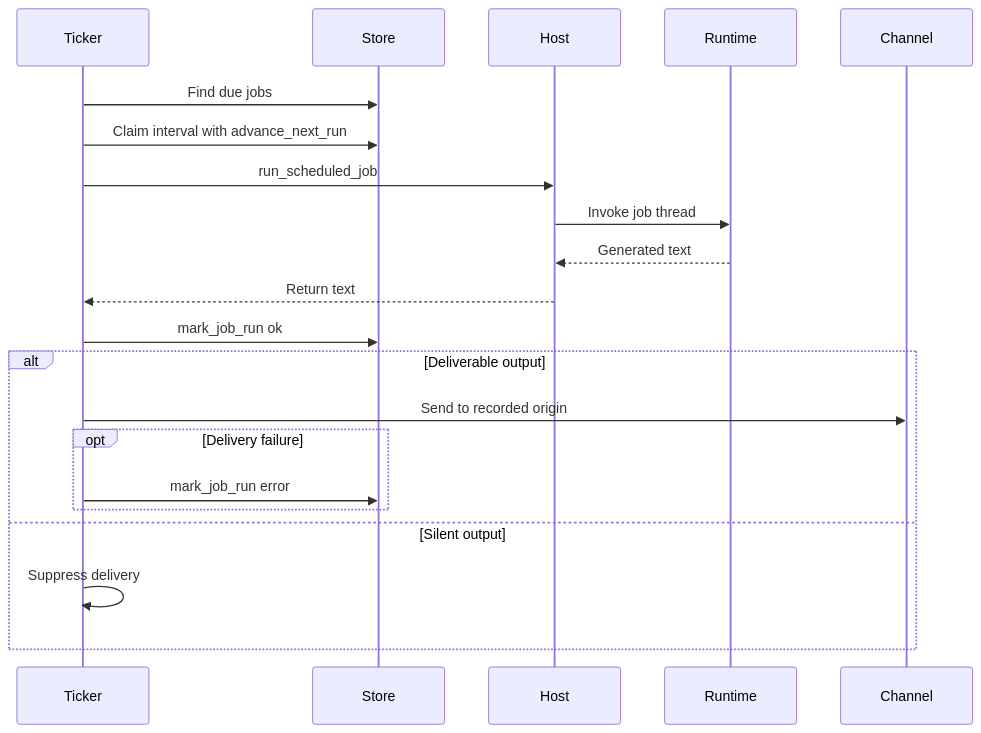
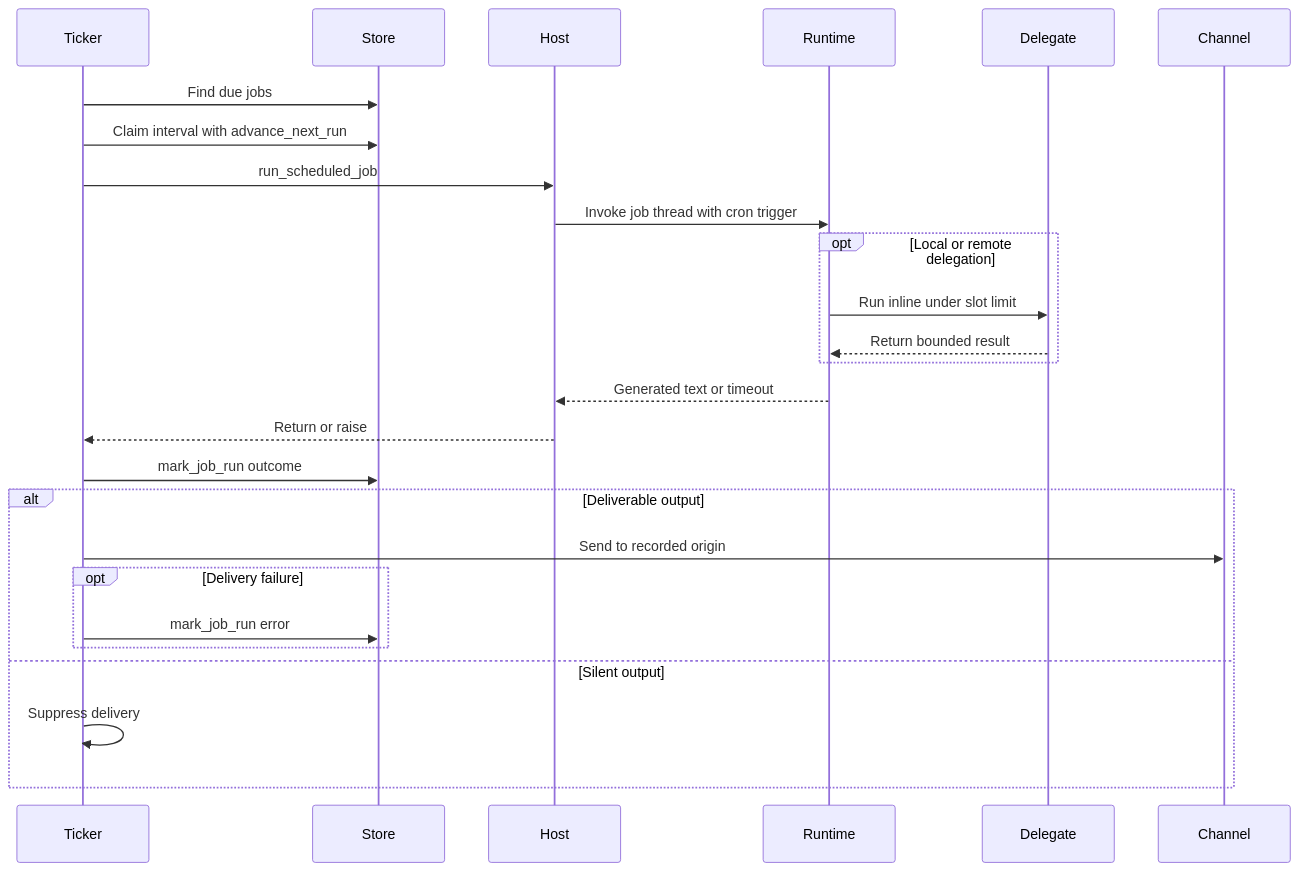
Before and after one commit to langchain-ai/deepagents: the fourth of 4 diagrams in openwiki/integrations/talon.md, drawn with Mermaid. The commit also changed other lines of this file and 18 other files, not shown here.

````diff
--- a/openwiki/integrations/talon.md
+++ b/openwiki/integrations/talon.md
@@ -160,23 +140,28 @@
 ```mermaid
 sequenceDiagram
     participant Ticker
     participant Store
     participant Host
     participant Runtime
+    participant Delegate
     participant Channel
     Ticker->>Store: Find due jobs
     Ticker->>Store: Claim interval with advance_next_run
     Ticker->>Host: run_scheduled_job
-    Host->>Runtime: Invoke job thread
-    Runtime-->>Host: Generated text
-    Host-->>Ticker: Return text
-    Ticker->>Store: mark_job_run ok
+    Host->>Runtime: Invoke job thread with cron trigger
+    opt Local or remote delegation
+        Runtime->>Delegate: Run inline under slot limit
+        Delegate-->>Runtime: Return bounded result
+    end
+    Runtime-->>Host: Generated text or timeout
+    Host-->>Ticker: Return or raise
+    Ticker->>Store: mark_job_run outcome
     alt Deliverable output
         Ticker->>Channel: Send to recorded origin
         opt Delivery failure
             Ticker->>Store: mark_job_run error
         end
     else Silent output
         Ticker->>Ticker: Suppress delivery
     end
 ```
````
